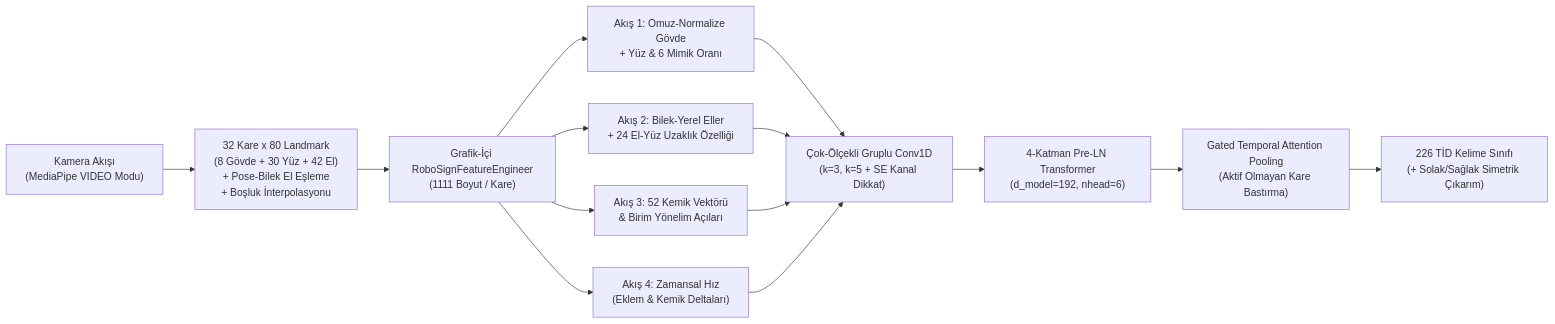
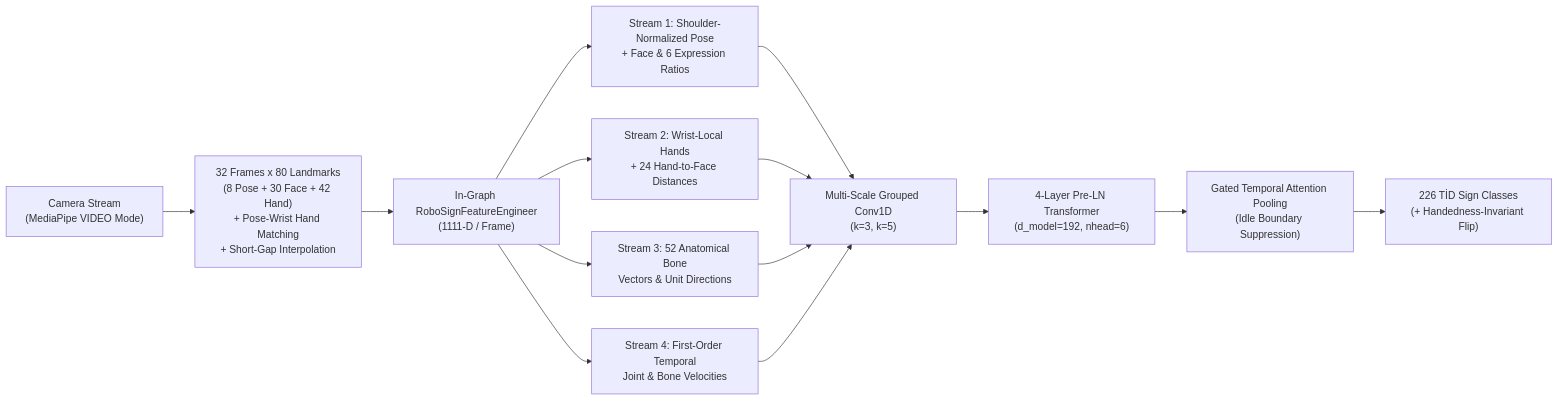
One commit to feyyazekici/RoboSignFormer changed the diagram in README.md. Above: the diagram before and after it, drawn with Mermaid. The commit also changed other lines of this file and 3 other files, not shown here.

````diff
--- a/README.md
+++ b/README.md
@@ -38,13 +47,13 @@
 ```mermaid
 flowchart LR
-    A["Kamera Akışı\n(MediaPipe VIDEO Modu)"] --> B["32 Kare x 80 Landmark\n(8 Gövde + 30 Yüz + 42 El)\n+ Pose-Bilek El Eşleme\n+ Boşluk İnterpolasyonu"]
-    B --> C["Grafik-İçi RoboSignFeatureEngineer\n(1111 Boyut / Kare)"]
-    C --> S1["Akış 1: Omuz-Normalize Gövde\n+ Yüz & 6 Mimik Oranı"]
-    C --> S2["Akış 2: Bilek-Yerel Eller\n+ 24 El-Yüz Uzaklık Özelliği"]
-    C --> S3["Akış 3: 52 Kemik Vektörü\n& Birim Yönelim Açıları"]
-    C --> S4["Akış 4: Zamansal Hız\n(Eklem & Kemik Deltaları)"]
-    S1 & S2 & S3 & S4 --> D["Çok-Ölçekli Gruplu Conv1D\n(k=3, k=5 + SE Kanal Dikkat)"]
-    D --> E["4-Katman Pre-LN Transformer\n(d_model=192, nhead=6)"]
-    E --> F["Gated Temporal Attention Pooling\n(Aktif Olmayan Kare Bastırma)"]
-    F --> G["226 TİD Kelime Sınıfı\n(+ Solak/Sağlak Simetrik Çıkarım)"]
+    A["Camera Stream\n(MediaPipe VIDEO Mode)"] --> B["32 Frames x 80 Landmarks\n(8 Pose + 30 Face + 42 Hand)\n+ Pose-Wrist Hand Matching\n+ Short-Gap Interpolation"]
+    B --> C["In-Graph RoboSignFeatureEngineer\n(1111-D / Frame)"]
+    C --> S1["Stream 1: Shoulder-Normalized Pose\n+ Face & 6 Expression Ratios"]
+    C --> S2["Stream 2: Wrist-Local Hands\n+ 24 Hand-to-Face Distances"]
+    C --> S3["Stream 3: 52 Anatomical Bone\nVectors & Unit Directions"]
+    C --> S4["Stream 4: First-Order Temporal\nJoint & Bone Velocities"]
+    S1 & S2 & S3 & S4 --> D["Multi-Scale Grouped Conv1D\n(k=3, k=5)"]
+    D --> E["4-Layer Pre-LN Transformer\n(d_model=192, nhead=6)"]
+    E --> F["Gated Temporal Attention Pooling\n(Idle Boundary Suppression)"]
+    F --> G["226 TİD Sign Classes\n(+ Handedness-Invariant Flip)"]
 ```
````
